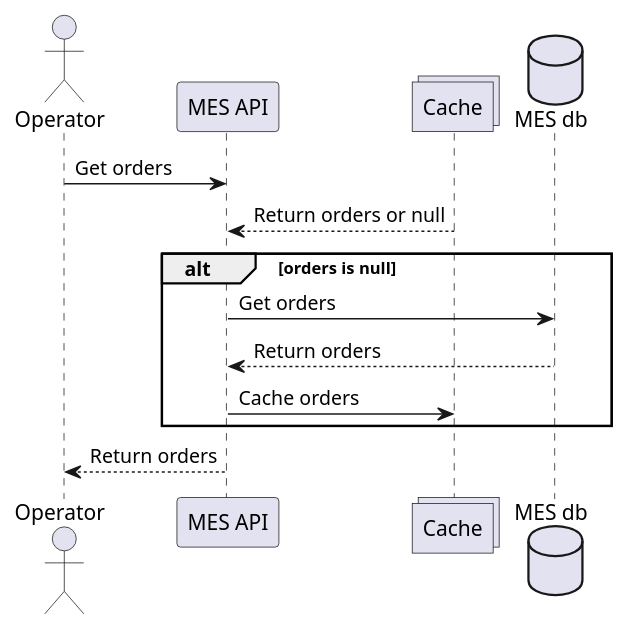
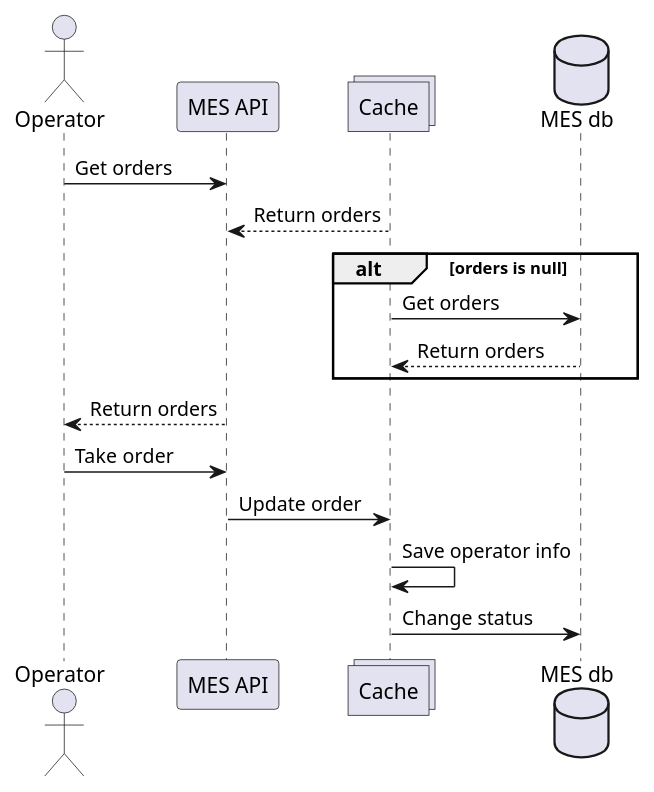
One commit to Ilya13/architecture-alexandrite changed the diagram in Task5/kewerly_sequence_diagram.puml. Above: the diagram before and after it, drawn with PlantUML. The commit also changed 3 other files, not shown here.

```diff
--- a/Task5/kewerly_sequence_diagram.puml
+++ b/Task5/kewerly_sequence_diagram.puml
@@ -1,17 +1,22 @@
 @startuml
 
 actor Operator as Operator
 participant "MES API" as MES_API
 collections "Cache" as Cache
 database "MES db" as MES_DB
 
 Operator -> MES_API: Get orders
-MES_API <-- Cache: Return orders or null
+MES_API <-- Cache: Return orders
 alt orders is null
-    MES_API -> MES_DB: Get orders
-    MES_API <-- MES_DB: Return orders
-    MES_API -> Cache: Cache orders
+    Cache -> MES_DB: Get orders
+    Cache <-- MES_DB: Return orders
 end
 
 Operator <-- MES_API: Return orders
+
+Operator -> MES_API: Take order
+MES_API -> Cache: Update order
+Cache -> Cache: Save operator info
+Cache -> MES_DB: Change status
+
 @enduml
```
